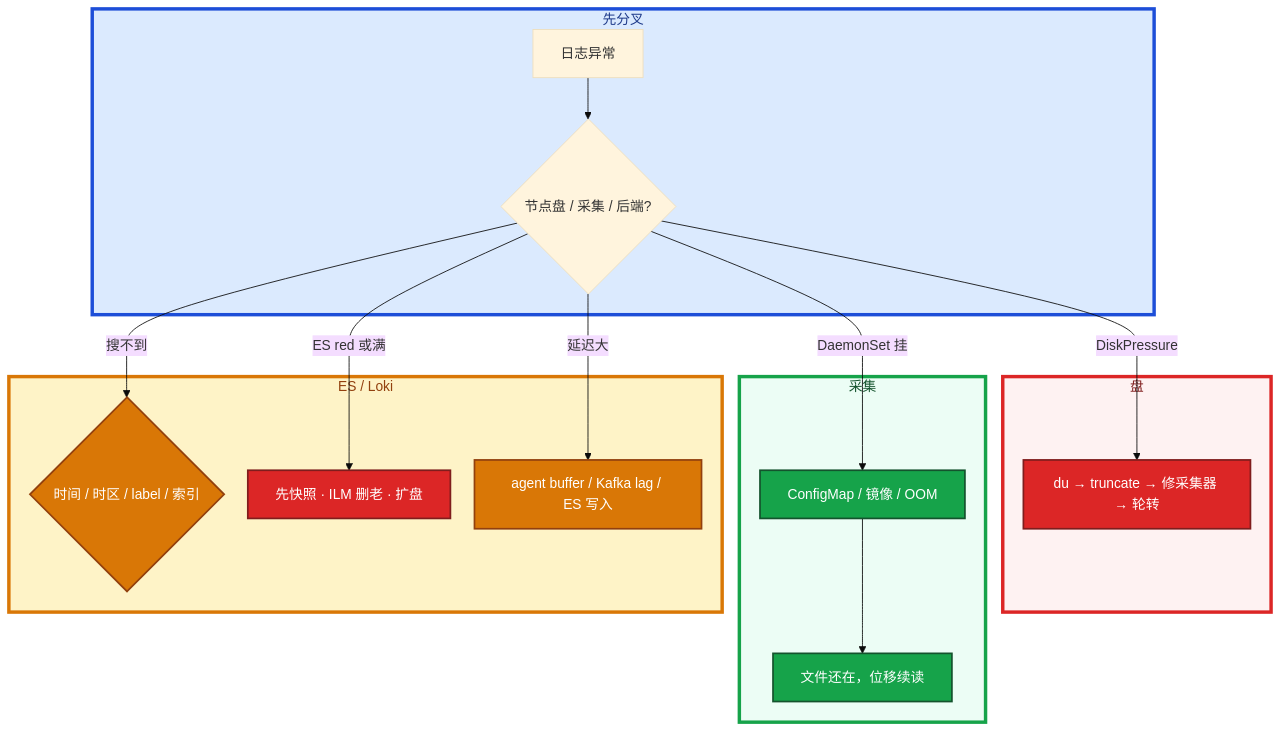
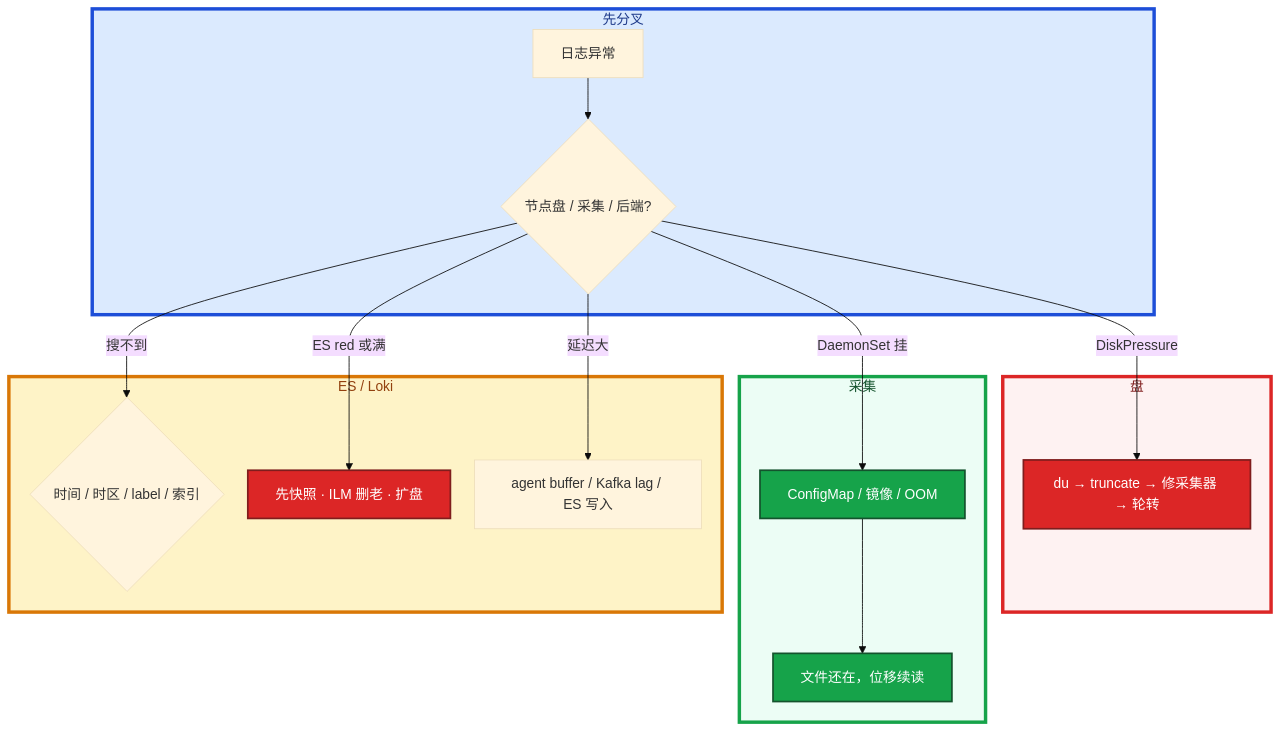
Before and after one commit to ml-cuizijun/LearnToLilith: the fifth of 5 diagrams in 04-Kubernetes/19-日志管理/知识点.md, drawn with Mermaid. The commit also changed other lines of this file and 107 other files, not shown here.

````diff
--- a/04-Kubernetes/19-日志管理/知识点.md
+++ b/04-Kubernetes/19-日志管理/知识点.md
@@ -461,34 +432,32 @@
 ```mermaid
 %%{init: {"flowchart": {"padding": 16, "nodeSpacing": 28, "rankSpacing": 48}, "theme": "base"}}%%
 flowchart TB
     subgraph gate ["先分叉"]
         A[日志异常] --> B{节点盘 / 采集 / 后端?}
     end
 
     subgraph disk ["盘"]
         B -->|DiskPressure| C[du → truncate → 修采集器 → 轮转]
     end
 
     subgraph col ["采集"]
         B -->|DaemonSet 挂| D[ConfigMap / 镜像 / OOM]
         D --> E[文件还在，位移续读]
     end
 
     subgraph esg ["ES / Loki"]
         B -->|搜不到| F{时间 / 时区 / label / 索引}
         B -->|ES red 或满| G[先快照 · ILM 删老 · 扩盘]
         B -->|延迟大| H[agent buffer / Kafka lag / ES 写入]
     end
 
     classDef bad fill:#DC2626,stroke:#7F1D1D,stroke-width:2px,color:#fff
     classDef ok fill:#16A34A,stroke:#14532D,stroke-width:2px,color:#fff
-    classDef warn fill:#D97706,stroke:#92400E,stroke-width:2px,color:#fff
     class C,G bad
     class D,E ok
-    class F,H warn
 
     style gate fill:#DBEAFE,stroke:#1D4ED8,stroke-width:4px,color:#1E3A8A
     style disk fill:#FEF2F2,stroke:#DC2626,stroke-width:4px,color:#7F1D1D
     style col fill:#ECFDF5,stroke:#16A34A,stroke-width:4px,color:#14532D
     style esg fill:#FEF3C7,stroke:#D97706,stroke-width:4px,color:#92400E
 ```
````
